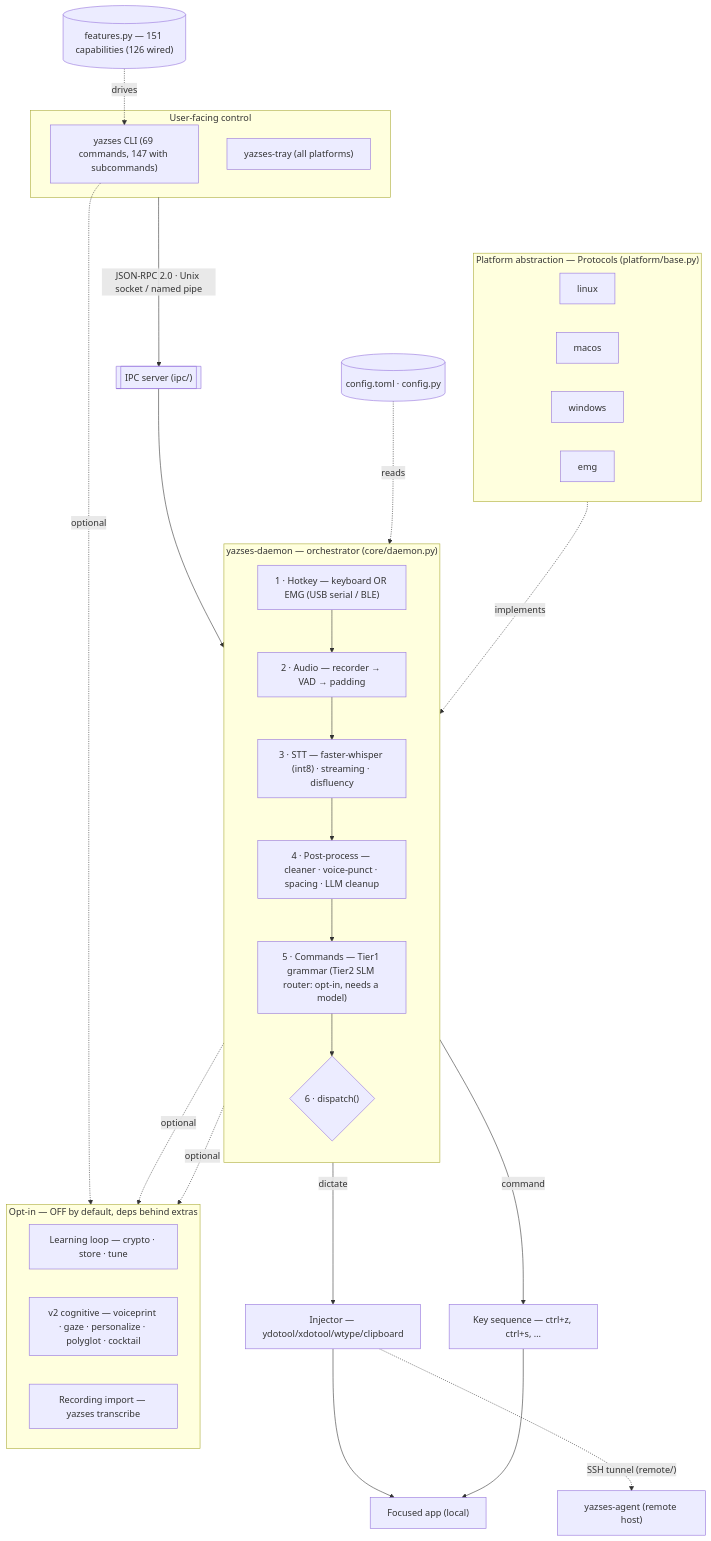
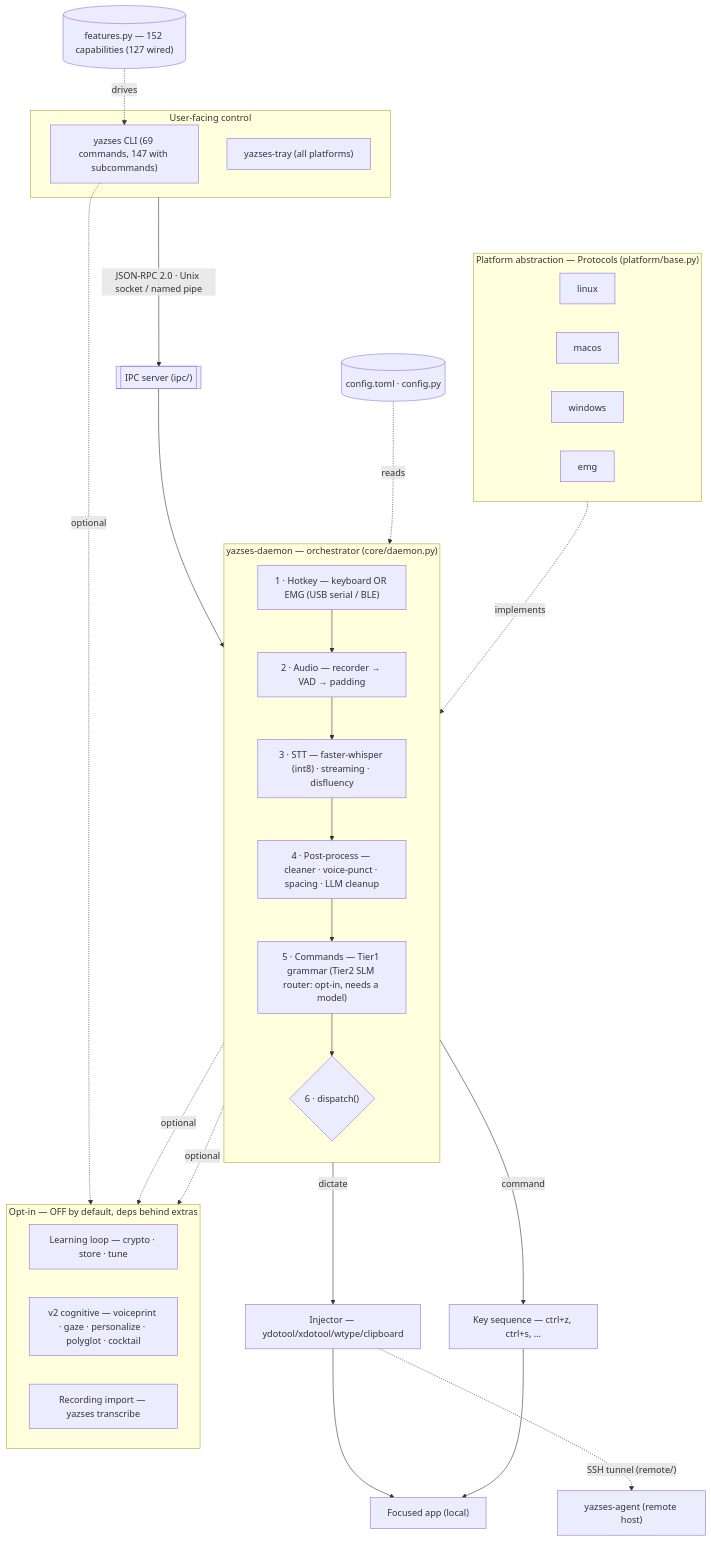
The diagram in docs/diagrams/index.md (MSKazemi/yazses), drawn with Mermaid before and after one commit. The commit also changed 7 other files, not shown here.

First line of the commit message:
feat(settings): describe the whole Persian normaliser and carry the capability count to the diagrams

````diff
--- a/docs/diagrams/index.md
+++ b/docs/diagrams/index.md
@@ -22,50 +22,50 @@
 ```mermaid
 flowchart TB
   subgraph UI["User-facing control"]
     CLI["yazses CLI (69 commands, 147 with subcommands)"]
     TRAY["yazses-tray (all platforms)"]
   end
   UI -->|"JSON-RPC 2.0 · Unix socket / named pipe"| IPC[["IPC server (ipc/)"]]
   IPC --> DAEMON
 
   subgraph DAEMON["yazses-daemon — orchestrator (core/daemon.py)"]
     direction TB
     HK["1 · Hotkey — keyboard OR EMG (USB serial / BLE)"]
     AUD["2 · Audio — recorder → VAD → padding"]
     STT["3 · STT — faster-whisper (int8) · streaming · disfluency"]
     PP["4 · Post-process — cleaner · voice-punct · spacing · LLM cleanup"]
     CMD["5 · Commands — Tier1 grammar (Tier2 SLM router: opt-in, needs a model)"]
     DIS{"6 · dispatch()"}
     HK --> AUD --> STT --> PP --> CMD --> DIS
   end
 
   CFG[("config.toml · config.py")]
-  FEAT[("features.py — 151 capabilities (126 wired)")]
+  FEAT[("features.py — 152 capabilities (127 wired)")]
   CFG -. reads .-> DAEMON
   FEAT -. drives .-> CLI
 
   DIS -->|dictate| INJ["Injector — ydotool/xdotool/wtype/clipboard"]
   DIS -->|command| KEYS["Key sequence — ctrl+z, ctrl+s, …"]
   INJ --> APP["Focused app (local)"]
   KEYS --> APP
   INJ -. "SSH tunnel (remote/)" .-> AGENT["yazses-agent (remote host)"]
 
   subgraph PLAT["Platform abstraction — Protocols (platform/base.py)"]
     direction LR
     LNX["linux"]
     MAC["macos"]
     WIN["windows"]
     EMG["emg"]
   end
   PLAT -. implements .-> DAEMON
 
   subgraph OPT["Opt-in — OFF by default, deps behind extras"]
     direction LR
     LEARN["Learning loop — crypto · store · tune"]
     V2["v2 cognitive — voiceprint · gaze · personalize · polyglot · cocktail"]
     RECIMP["Recording import — yazses transcribe"]
   end
   DAEMON -. optional .-> LEARN
   DAEMON -. optional .-> V2
   CLI -. optional .-> RECIMP
 ```
````
